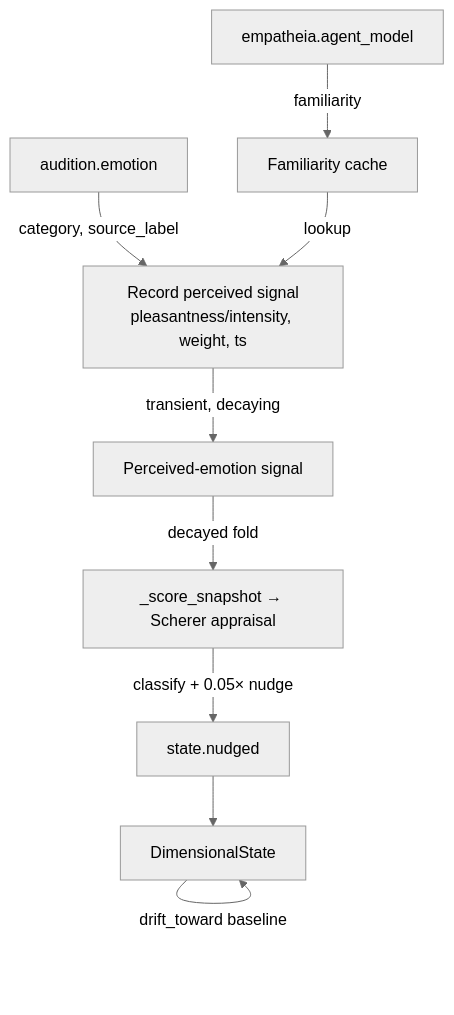
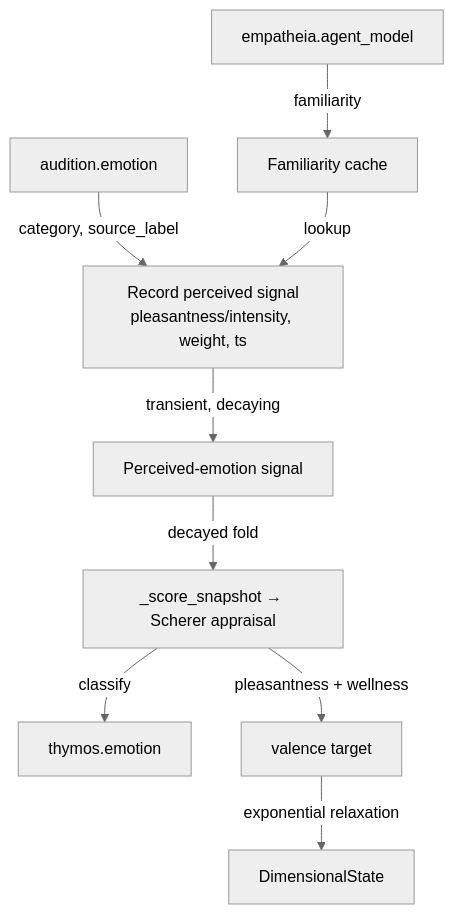
Before and after one commit to kaineone/kaine: the diagram in docs/09-modules/thymos.md, drawn with Mermaid (neutral theme). The commit also changed other lines of this file and 17 other files, not shown here.

First line of the commit message:
feat(thymos): research-grounded drives, valence from learning progress, surprise appraisal (#433)

````diff
--- a/docs/09-modules/thymos.md
+++ b/docs/09-modules/thymos.md
@@ -167,11 +185,11 @@
 ```mermaid
 flowchart TD
     AE[audition.emotion] -->|category, source_label| R[Record perceived signal\npleasantness/intensity, weight, ts]
     EM[empatheia.agent_model] -->|familiarity| FC[Familiarity cache]
     FC -->|lookup| R
     R -->|transient, decaying| PS[Perceived-emotion signal]
     PS -->|decayed fold| AP[_score_snapshot → Scherer appraisal]
-    AP -->|classify + 0.05× nudge| N[state.nudged]
-    N --> S[DimensionalState]
-    S -->|drift_toward baseline| S
+    AP -->|classify| EMO[thymos.emotion]
+    AP -->|pleasantness + wellness| VT[valence target]
+    VT -->|exponential relaxation| S[DimensionalState]
 ```
````
